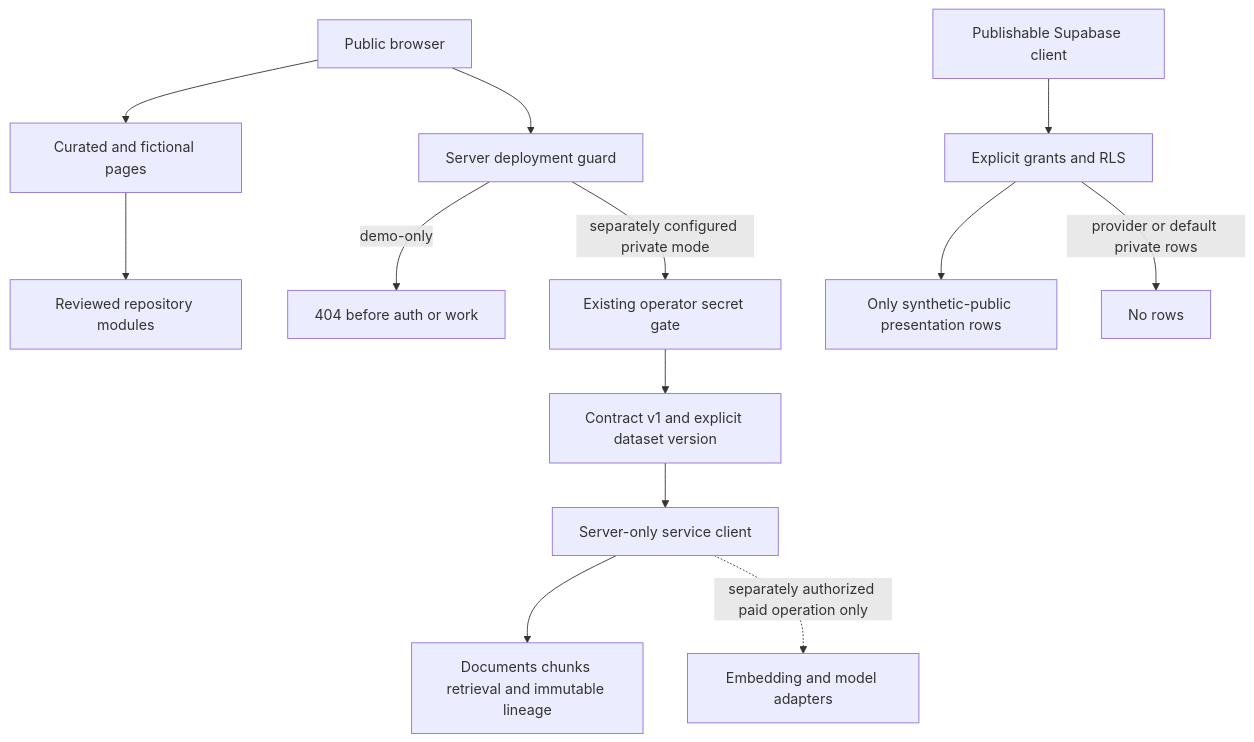
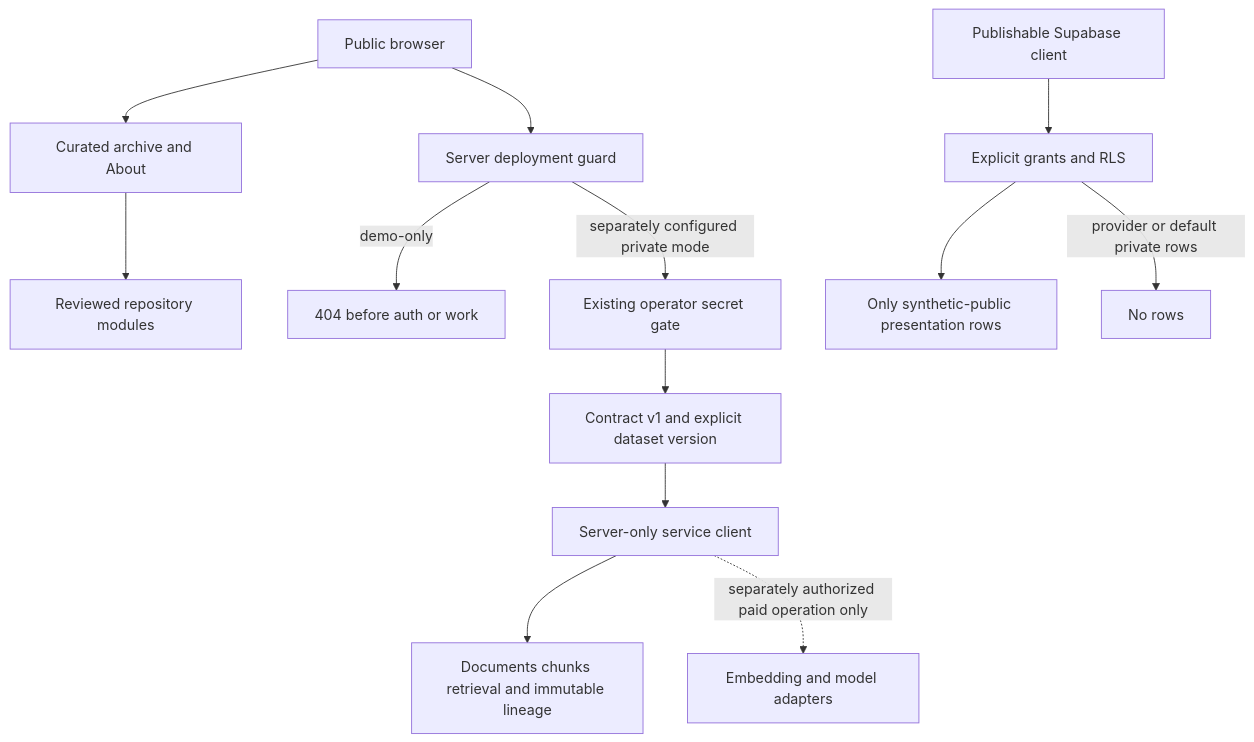
One commit to jeffreymutethia/world-cup-lens changed the diagram in docs/backend-security.md. Above: the diagram before and after it, drawn with Mermaid. The commit also changed other lines of this file and 56 other files, not shown here.

````diff
--- a/docs/backend-security.md
+++ b/docs/backend-security.md
@@ -5,15 +5,15 @@
 ```mermaid
 flowchart TD
-  Browser[Public browser] --> Pages[Curated and fictional pages]
+  Browser[Public browser] --> Pages[Curated archive and About]
   Pages --> Local[Reviewed repository modules]
   Browser --> Guard[Server deployment guard]
   Guard -->|demo-only| Deny[404 before auth or work]
   Guard -->|separately configured private mode| Auth[Existing operator secret gate]
   Auth --> Preflight[Contract v1 and explicit dataset version]
   Preflight --> Privileged[Server-only service client]
   Privileged --> Private[Documents chunks retrieval and immutable lineage]
   Publishable[Publishable Supabase client] --> RLS[Explicit grants and RLS]
   RLS --> Synthetic[Only synthetic-public presentation rows]
   RLS -->|provider or default private rows| Hidden[No rows]
   Privileged -. separately authorized paid operation only .-> Providers[Embedding and model adapters]
 ```
````
